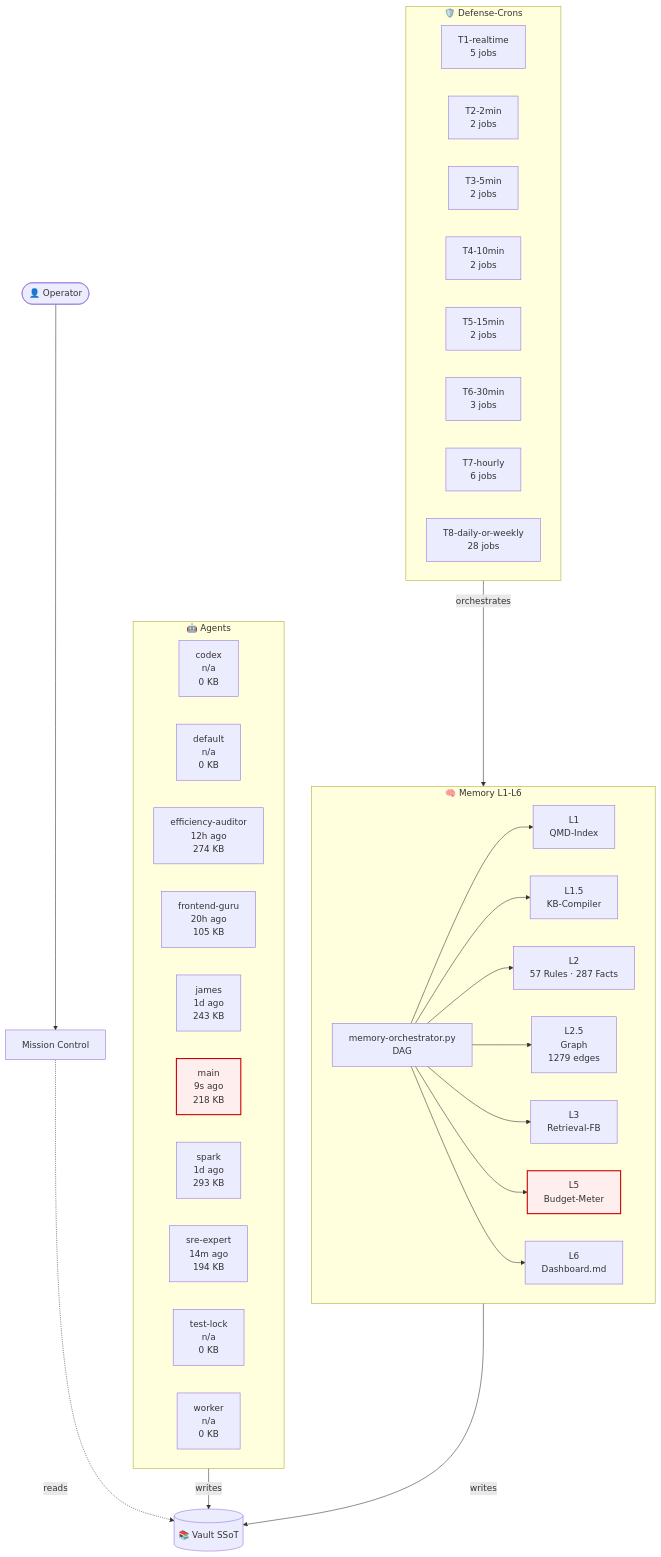
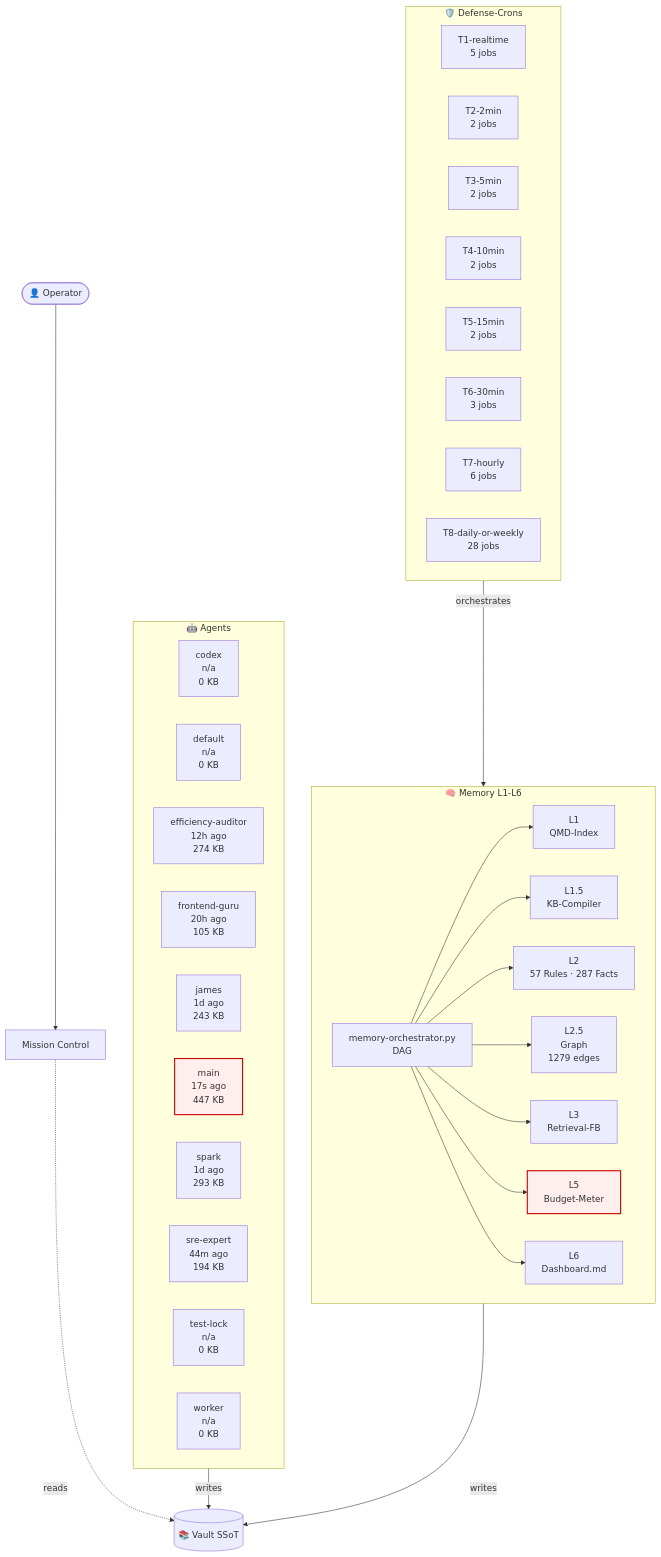
Before and after one commit to lenardhuebner88-rgb/openclaw-memory: the diagram in 03-Agents/architecture-live.md, drawn with Mermaid. The commit also changed other lines of this file and 3 other files, not shown here.

````diff
--- a/03-Agents/architecture-live.md
+++ b/03-Agents/architecture-live.md
@@ -18,53 +18,53 @@
 ```mermaid
 flowchart TB
     classDef critical fill:#fee,stroke:#c00,stroke-width:2px;
     subgraph AGT["🤖 Agents"]
         agent_codex["codex<br/>n/a<br/>0 KB"]
         agent_default["default<br/>n/a<br/>0 KB"]
         agent_efficiency_auditor["efficiency-auditor<br/>12h ago<br/>274 KB"]
         agent_frontend_guru["frontend-guru<br/>20h ago<br/>105 KB"]
         agent_james["james<br/>1d ago<br/>243 KB"]
-        agent_main["main<br/>9s ago<br/>218 KB"]
+        agent_main["main<br/>17s ago<br/>447 KB"]
         agent_spark["spark<br/>1d ago<br/>293 KB"]
-        agent_sre_expert["sre-expert<br/>14m ago<br/>194 KB"]
+        agent_sre_expert["sre-expert<br/>44m ago<br/>194 KB"]
         agent_test_lock["test-lock<br/>n/a<br/>0 KB"]
         agent_worker["worker<br/>n/a<br/>0 KB"]
     end
     subgraph MEM["🧠 Memory L1-L6"]
         L1["L1<br/>QMD-Index"]
         L15["L1.5<br/>KB-Compiler"]
         L2["L2<br/>57 Rules · 287 Facts"]
         L25["L2.5<br/>Graph<br/>1279 edges"]
         L3["L3<br/>Retrieval-FB"]
         L5["L5<br/>Budget-Meter"]
         L6["L6<br/>Dashboard.md"]
         ORCH["memory-orchestrator.py<br/>DAG"]
     end
     subgraph CRN["🛡️ Defense-Crons"]
         tier_T1_realtime["T1-realtime<br/>5 jobs"]
         tier_T2_2min["T2-2min<br/>2 jobs"]
         tier_T3_5min["T3-5min<br/>2 jobs"]
         tier_T4_10min["T4-10min<br/>2 jobs"]
         tier_T5_15min["T5-15min<br/>2 jobs"]
         tier_T6_30min["T6-30min<br/>3 jobs"]
         tier_T7_hourly["T7-hourly<br/>6 jobs"]
         tier_T8_daily_or_weekly["T8-daily-or-weekly<br/>28 jobs"]
     end
     VAULT[("📚 Vault SSoT")]
     OP([👤 Operator])
     MC["Mission Control"]
     OP --> MC
     MC -.reads.-> VAULT
     AGT -->|writes| VAULT
     MEM -->|writes| VAULT
     ORCH --> L1
     ORCH --> L15
     ORCH --> L2
     ORCH --> L25
     ORCH --> L3
     ORCH --> L5
     ORCH --> L6
     CRN -->|orchestrates| MEM
     class L5 critical
     class agent_main critical
 ```
````
